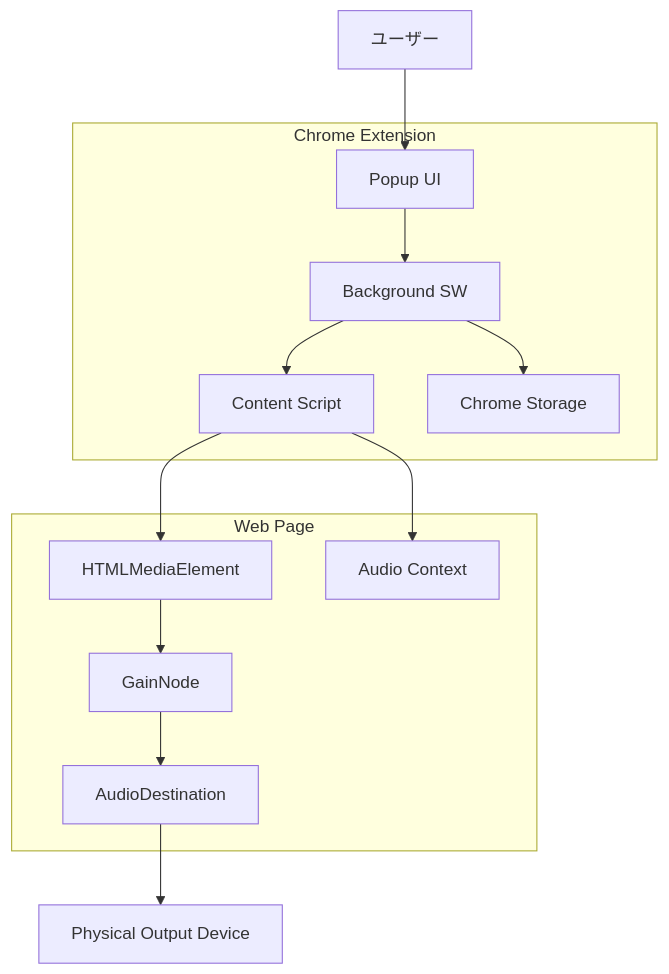
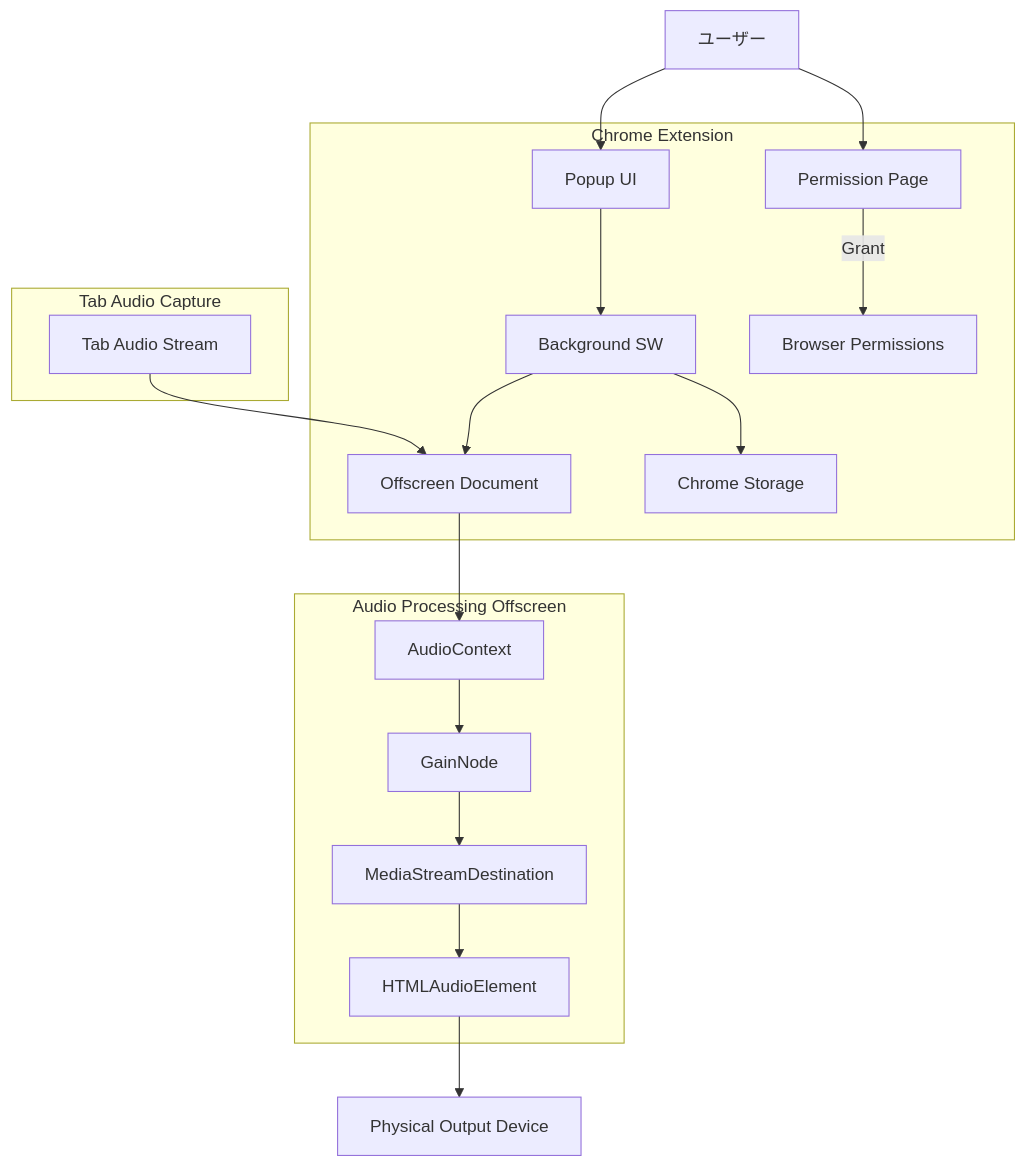
One commit to colorfulclover/tab-output-audio-selector changed the diagram in docs/basic_design.md. Above: the diagram before and after it, drawn with Mermaid. The commit also changed other lines of this file and 3 other files, not shown here.

````diff
--- a/docs/basic_design.md
+++ b/docs/basic_design.md
@@ -7,19 +7,25 @@
 ```mermaid
 graph TD
     User[ユーザー] --> Popup[Popup UI]
+    User --> PermissionPage[Permission Page]
     
     subgraph Chrome Extension
         Popup --> Background[Background SW]
-        Background --> Content[Content Script]
+        Background --> Offscreen[Offscreen Document]
         Background --> Storage[Chrome Storage]
+        PermissionPage -- Grant --> Browser[Browser Permissions]
     end
     
-    subgraph Web Page
-        Content --> MediaElements[HTMLMediaElement]
-        Content --> AudioContext[Audio Context]
-        MediaElements --> GainNode[GainNode]
-        GainNode --> AudioDest[AudioDestination]
+    subgraph Tab Audio Capture
+        TabAudio[Tab Audio Stream] --> Offscreen
     end
     
-    AudioDest --> OutputDevice[Physical Output Device]
+    subgraph AudioProcessing [Audio Processing Offscreen]
+        Offscreen --> AudioCtx[AudioContext]
+        AudioCtx --> Gain[GainNode]
+        Gain --> Dest[MediaStreamDestination]
+        Dest --> AudioEl[HTMLAudioElement]
+    end
+    
+    AudioEl --> OutputDevice[Physical Output Device]
 ```
````
